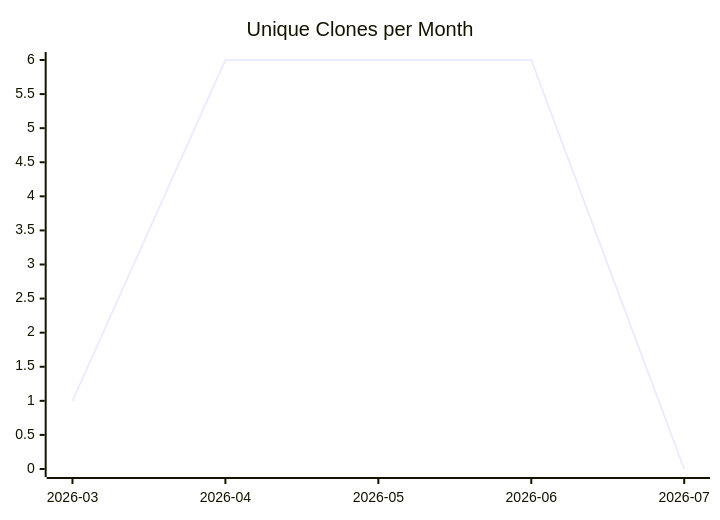
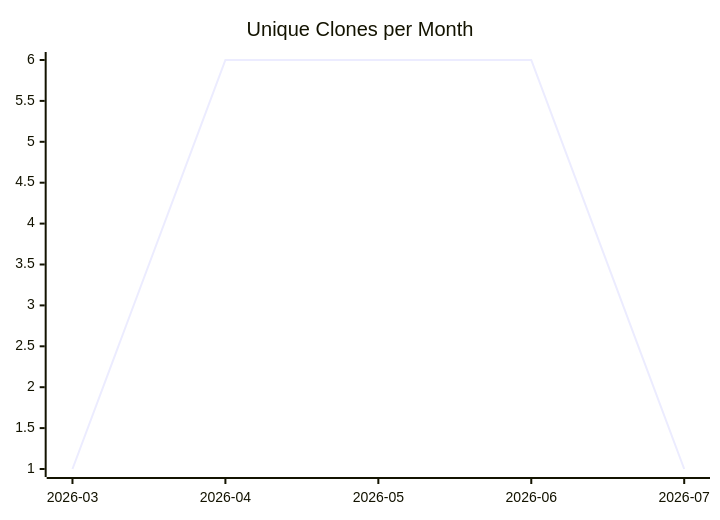
One commit to justdavis-family/github-analytics-data changed the third of 3 diagrams in karlmdavis/hapi-fhir-jpaserver-starter/README.md. Above: the diagram before and after it, drawn with Mermaid. The commit also changed other lines of this file and 184 other files, not shown here.

````diff
--- a/karlmdavis/hapi-fhir-jpaserver-starter/README.md
+++ b/karlmdavis/hapi-fhir-jpaserver-starter/README.md
@@ -19,6 +19,6 @@
 ```mermaid
 xychart-beta
   title "Unique Clones per Month"
   x-axis ["2026-03", "2026-04", "2026-05", "2026-06", "2026-07"]
-  line [1, 6, 6, 6, 0]
+  line [1, 6, 6, 6, 1]
 ```
````
